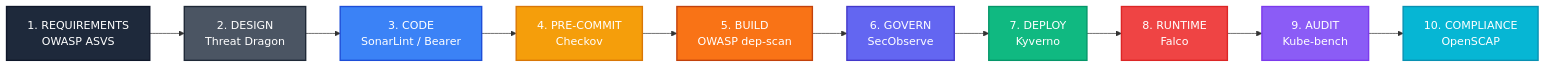
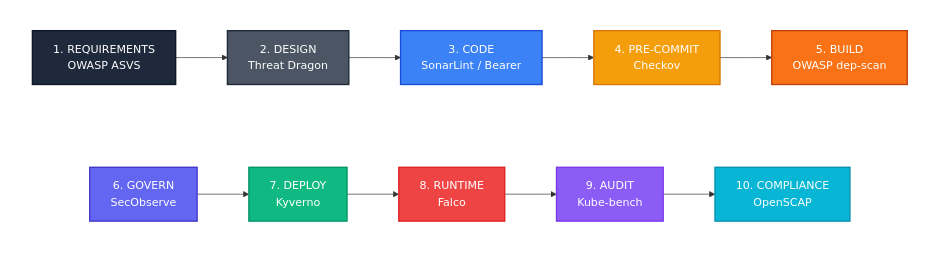
One commit to dimk1301/Guides changed the first of 3 diagrams in DevSecOps-Guide.md. Above: the diagram before and after it, drawn with Mermaid.

Commit message:
Update flowchart for DevSecOps pipeline

````diff
--- a/DevSecOps-Guide.md
+++ b/DevSecOps-Guide.md
@@ -34,24 +34,33 @@
 ```mermaid
-flowchart LR
-    1[1. REQUIREMENTS<br/>OWASP ASVS] --> 2[2. DESIGN<br/>Threat Dragon]
-    2 --> 3[3. CODE<br/>SonarLint / Bearer]
-    3 --> 4[4. PRE-COMMIT<br/>Checkov]
-    4 --> 5[5. BUILD<br/>OWASP dep-scan]
-    5 --> 6[6. GOVERN<br/>SecObserve]
-    6 --> 7[7. DEPLOY<br/>Kyverno]
-    7 --> 8[8. RUNTIME<br/>Falco]
-    8 --> 9[9. AUDIT<br/>Kube-bench]
-    9 --> 10[10. COMPLIANCE<br/>OpenSCAP]
+flowchart TD
+    %% Top Row (Left to Right)
+    subgraph Row1 [" "]
+        direction LR
+        1[1. REQUIREMENTS<br/>OWASP ASVS] --> 2[2. DESIGN<br/>Threat Dragon] --> 3[3. CODE<br/>SonarLint / Bearer] --> 4[4. PRE-COMMIT<br/>Checkov] --> 5[5. BUILD<br/>OWASP dep-scan]
+    end
 
+    %% Invisible link creates a clean vertical line break/space with no arrow
+    Row1 ~~~ Row2
+
+    %% Bottom Row (Left to Right)
+    subgraph Row2 [" "]
+        direction LR
+        6[6. GOVERN<br/>SecObserve] --> 7[7. DEPLOY<br/>Kyverno] --> 8[8. RUNTIME<br/>Falco] --> 9[9. AUDIT<br/>Kube-bench] --> 10[10. COMPLIANCE<br/>OpenSCAP]
+    end
+
+    %% Hide container boxes
+    style Row1 fill:none,stroke:none
+    style Row2 fill:none,stroke:none
+
+    %% Styling
     style 1 fill:#1E293B,stroke:#0F172A,stroke-width:2px,color:#fff
     style 2 fill:#4B5563,stroke:#1F2937,stroke-width:2px,color:#fff
     style 3 fill:#3B82F6,stroke:#1D4ED8,stroke-width:2px,color:#fff
     style 4 fill:#F59E0B,stroke:#D97706,stroke-width:2px,color:#fff
     style 5 fill:#F97316,stroke:#C2410C,stroke-width:2px,color:#fff
     style 6 fill:#6366F1,stroke:#4338CA,stroke-width:2px,color:#fff
     style 7 fill:#10B981,stroke:#059669,stroke-width:2px,color:#fff
     style 8 fill:#EF4444,stroke:#DC2626,stroke-width:2px,color:#fff
     style 9 fill:#8B5CF6,stroke:#7C3AED,stroke-width:2px,color:#fff
     style 10 fill:#06B6D4,stroke:#0891B2,stroke-width:2px,color:#fff
-
 ```
````
